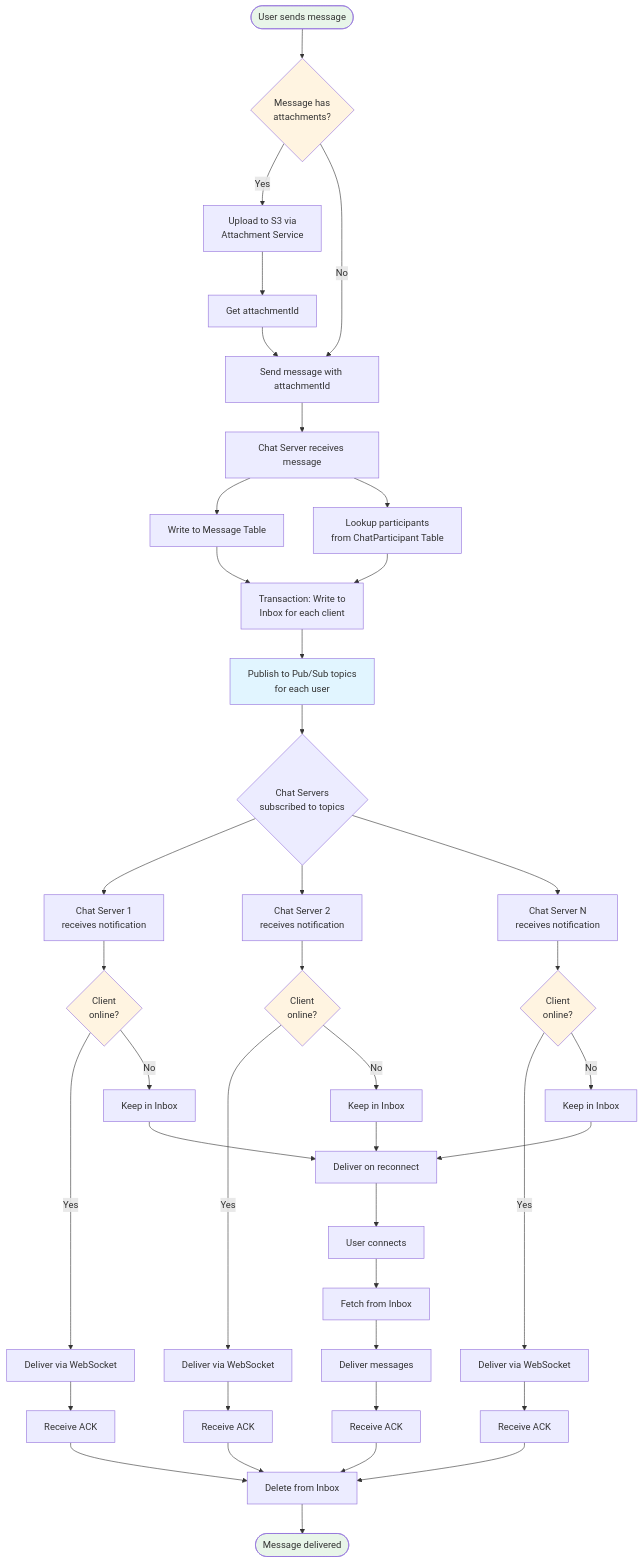
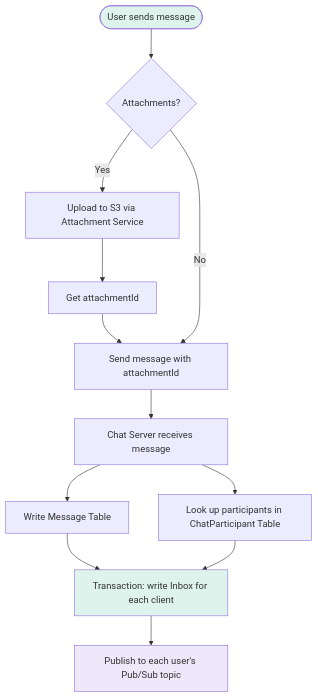
Diagram 20 of 22 in LLD/questions/Design Whatsapp.md (cartmancodes/InterviewVault), drawn with Mermaid before and after one commit. The commit also changed other lines of this file and 679 other files, not shown here.

Commit message:
Unify content diagrams and add accessible visual walkthroughs

````diff
--- a/LLD/questions/Design Whatsapp.md
+++ b/LLD/questions/Design Whatsapp.md
@@ -1173,66 +1175,17 @@
 ```mermaid
 flowchart TB
-    Start([User sends message]) --> A{Message has<br/>attachments?}
-    
-    A -->|Yes| B[Upload to S3 via<br/>Attachment Service]
-    B --> C[Get attachmentId]
-    C --> D[Send message with attachmentId]
-    
-    A -->|No| D
-    
-    D --> E[Chat Server receives message]
-    E --> F[Write to Message Table]
-    E --> G[Lookup participants<br/>from ChatParticipant Table]
-    
-    F --> H[Transaction: Write to<br/>Inbox for each client]
+    Start(["User sends message"]) --> A{"Attachments?"}
+    A -->|"Yes"| B["Upload to S3 via Attachment Service"]
+    B --> C["Get attachmentId"]
+    C --> D["Send message with attachmentId"]
+    A -->|"No"| D
+    D --> E["Chat Server receives message"]
+    E --> F["Write Message Table"]
+    E --> G["Look up participants in ChatParticipant Table"]
+    F --> H["Transaction: write Inbox for each client"]
     G --> H
-    
-    H --> I[Publish to Pub/Sub topics<br/>for each user]
-    
-    I --> J{Chat Servers<br/>subscribed to topics}
-    
-    J --> K[Chat Server 1<br/>receives notification]
-    J --> L[Chat Server 2<br/>receives notification]
-    J --> M[Chat Server N<br/>receives notification]
-    
-    K --> N{Client<br/>online?}
-    L --> O{Client<br/>online?}
-    M --> P{Client<br/>online?}
-    
-    N -->|Yes| Q[Deliver via WebSocket]
-    N -->|No| R[Keep in Inbox]
-    
-    O -->|Yes| S[Deliver via WebSocket]
-    O -->|No| T[Keep in Inbox]
-    
-    P -->|Yes| U[Deliver via WebSocket]
-    P -->|No| V[Keep in Inbox]
-    
-    Q --> W[Receive ACK]
-    S --> X[Receive ACK]
-    U --> Y[Receive ACK]
-    
-    W --> Z[Delete from Inbox]
-    X --> Z
-    Y --> Z
-    
-    R --> AA[Deliver on reconnect]
-    T --> AA
-    V --> AA
-    
-    AA --> AB[User connects]
-    AB --> AC[Fetch from Inbox]
-    AC --> AD[Deliver messages]
-    AD --> AE[Receive ACK]
-    AE --> Z
-    
-    Z --> End([Message delivered])
-    
-    style Start fill:#e8f5e9
-    style End fill:#e8f5e9
-    style A fill:#fff4e1
-    style N fill:#fff4e1
-    style O fill:#fff4e1
-    style P fill:#fff4e1
-    style I fill:#e1f5ff
+    H --> I["Publish to each user's Pub/Sub topic"]
+    style Start fill:#DDF3EC
+    style H fill:#DDF3EC
+    style I fill:#EDE8FA
 ```
````
